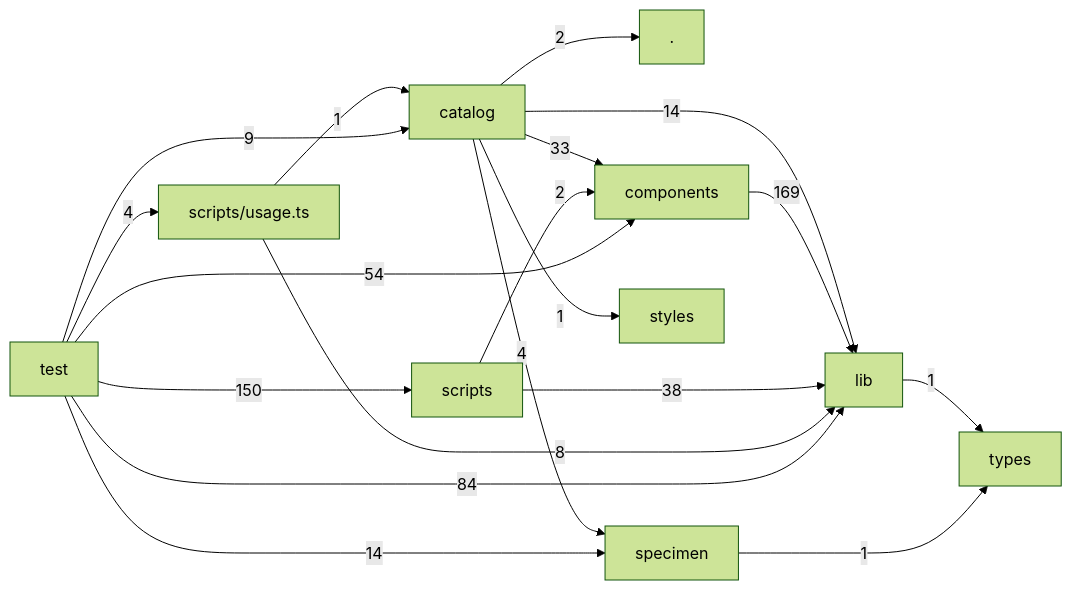
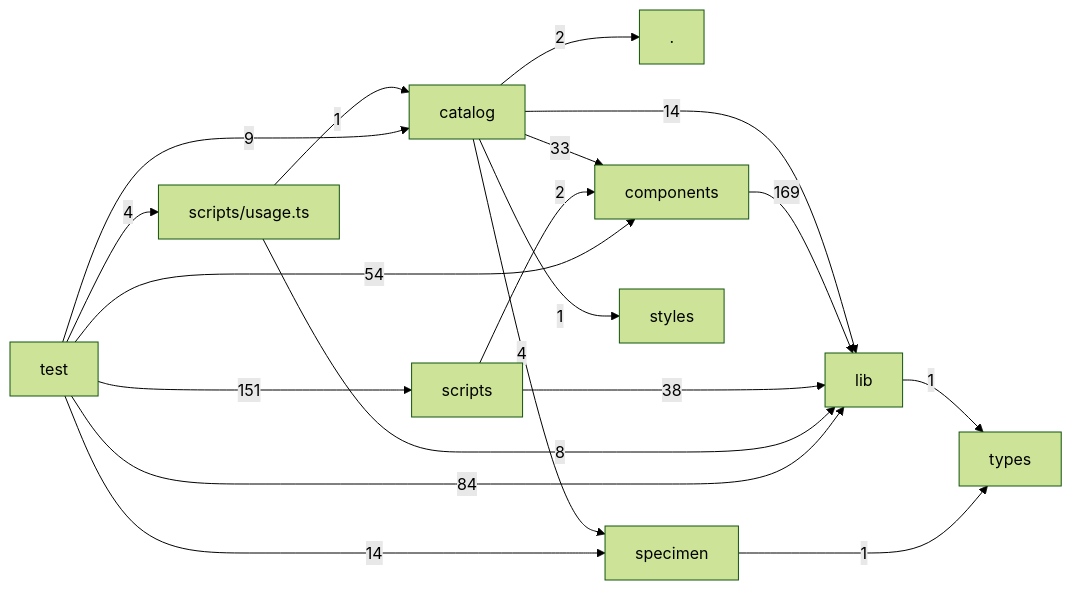
The diagram in docs/architecture/layers.md (hackersandwizards/slides), drawn with Mermaid (forest theme) before and after one commit. The commit also changed 25 other files, not shown here.

````diff
--- a/docs/architecture/layers.md
+++ b/docs/architecture/layers.md
@@ -3,31 +3,31 @@
 ```mermaid
 graph LR
   L0["."]
   L1["catalog"]
   L2["components"]
   L3["lib"]
   L4["scripts"]
   L5["scripts/usage.ts"]
   L6["specimen"]
   L7["styles"]
   L8["test"]
   L9["types"]
   L1 -->|2| L0
   L1 -->|33| L2
   L1 -->|14| L3
   L1 -->|4| L6
   L1 -->|1| L7
   L2 -->|169| L3
   L3 -->|1| L9
   L4 -->|2| L2
   L4 -->|38| L3
   L5 -->|1| L1
   L5 -->|8| L3
   L6 -->|1| L9
   L8 -->|9| L1
   L8 -->|54| L2
   L8 -->|84| L3
-  L8 -->|150| L4
+  L8 -->|151| L4
   L8 -->|4| L5
   L8 -->|14| L6
 ```
````
